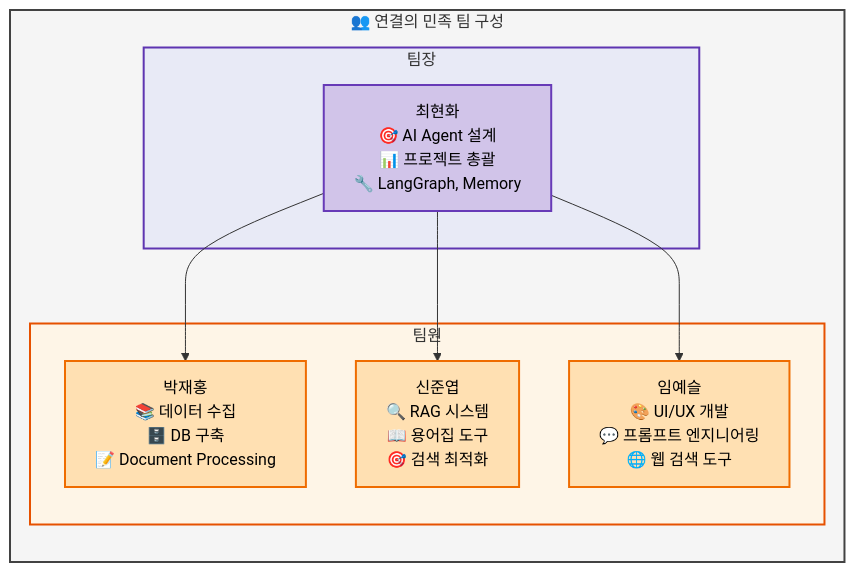
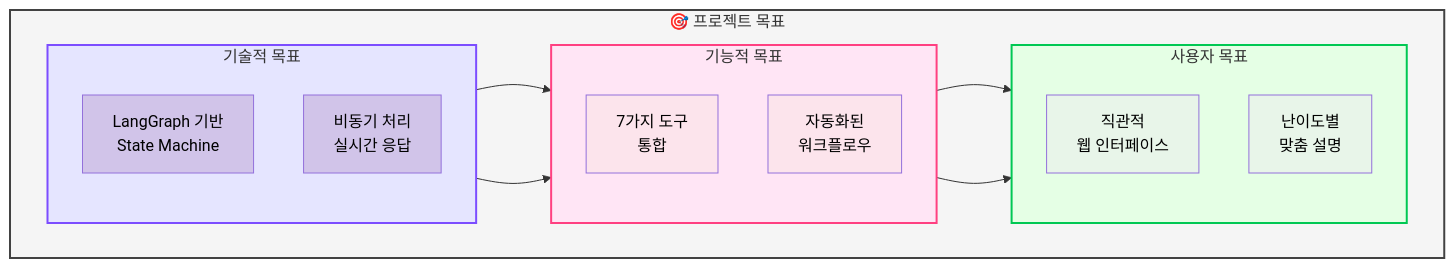
One commit to AIBootcamp14/langchainproject-new-langchainproject_5 changed the second of 4 diagrams in docs/PPT/new/01_프로젝트_개요.md. Above: the diagram before and after it, drawn with Mermaid. The commit also changed other lines of this file, not shown here.

First line of the commit message:
docs: PPT 프로젝트 개요 슬라이드 개선

````diff
--- a/docs/PPT/new/01_프로젝트_개요.md
+++ b/docs/PPT/new/01_프로젝트_개요.md
@@ -184,30 +154,40 @@
 ```mermaid
 graph TB
-    subgraph Team["👥 연결의 민족 팀 구성"]
-        direction TB
-
-        subgraph Leader["팀장"]
-            L[최현화<br/>🎯 AI Agent 설계<br/>📊 프로젝트 총괄<br/>🔧 LangGraph, Memory]
+    subgraph Goals["🎯 프로젝트 목표"]
+        subgraph Tech["기술적 목표"]
+            direction TB
+            T1[LangGraph 기반<br/>State Machine]
+            T2[비동기 처리<br/>실시간 응답]
         end
 
-        subgraph Members["팀원"]
-            M1[박재홍<br/>📚 데이터 수집<br/>🗄️ DB 구축<br/>📝 Document Processing]
-            M2[신준엽<br/>🔍 RAG 시스템<br/>📖 용어집 도구<br/>🎯 검색 최적화]
-            M3[임예슬<br/>🎨 UI/UX 개발<br/>💬 프롬프트 엔지니어링<br/>🌐 웹 검색 도구]
+        subgraph Func["기능적 목표"]
+            direction TB
+            F1[7가지 도구<br/>통합]
+            F2[자동화된<br/>워크플로우]
+        end
+
+        subgraph User["사용자 목표"]
+            direction TB
+            U1[직관적<br/>웹 인터페이스]
+            U2[난이도별<br/>맞춤 설명]
         end
     end
 
-    L --> M1
-    L --> M2
-    L --> M3
+    T1 --> F1
+    T2 --> F2
+    F1 --> U1
+    F2 --> U2
 
     %% 스타일링
-    style Team fill:#f5f5f5,stroke:#424242,stroke-width:2px
-    style Leader fill:#e8eaf6,stroke:#5e35b1,stroke-width:2px
-    style Members fill:#fef5e7,stroke:#e65100,stroke-width:2px
+    style Goals fill:#F5F5F5,stroke:#424242,stroke-width:2px
+    style Tech fill:#E5E5FF,stroke:#7C4DFF,stroke-width:2px
+    style Func fill:#FFE5F5,stroke:#FF4081,stroke-width:2px
+    style User fill:#E5FFE5,stroke:#00C853,stroke-width:2px
 
-    style L fill:#d1c4e9,stroke:#673ab7,stroke-width:2px,color:#000
-    style M1 fill:#ffe0b2,stroke:#ef6c00,stroke-width:2px,color:#000
-    style M2 fill:#ffe0b2,stroke:#ef6c00,stroke-width:2px,color:#000
-    style M3 fill:#ffe0b2,stroke:#ef6c00,stroke-width:2px,color:#000
+    style T1 fill:#D1C4E9,color:#000
+    style T2 fill:#D1C4E9,color:#000
+    style F1 fill:#FCE4EC,color:#000
+    style F2 fill:#FCE4EC,color:#000
+    style U1 fill:#E8F5E9,color:#000
+    style U2 fill:#E8F5E9,color:#000
 ```
````
